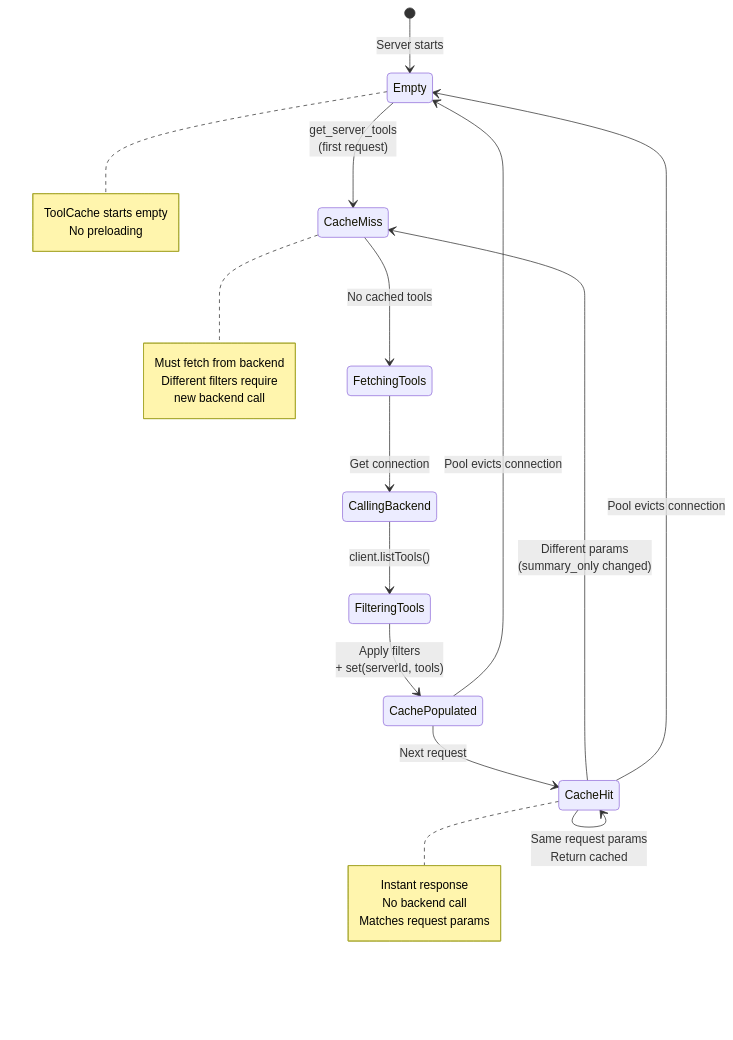
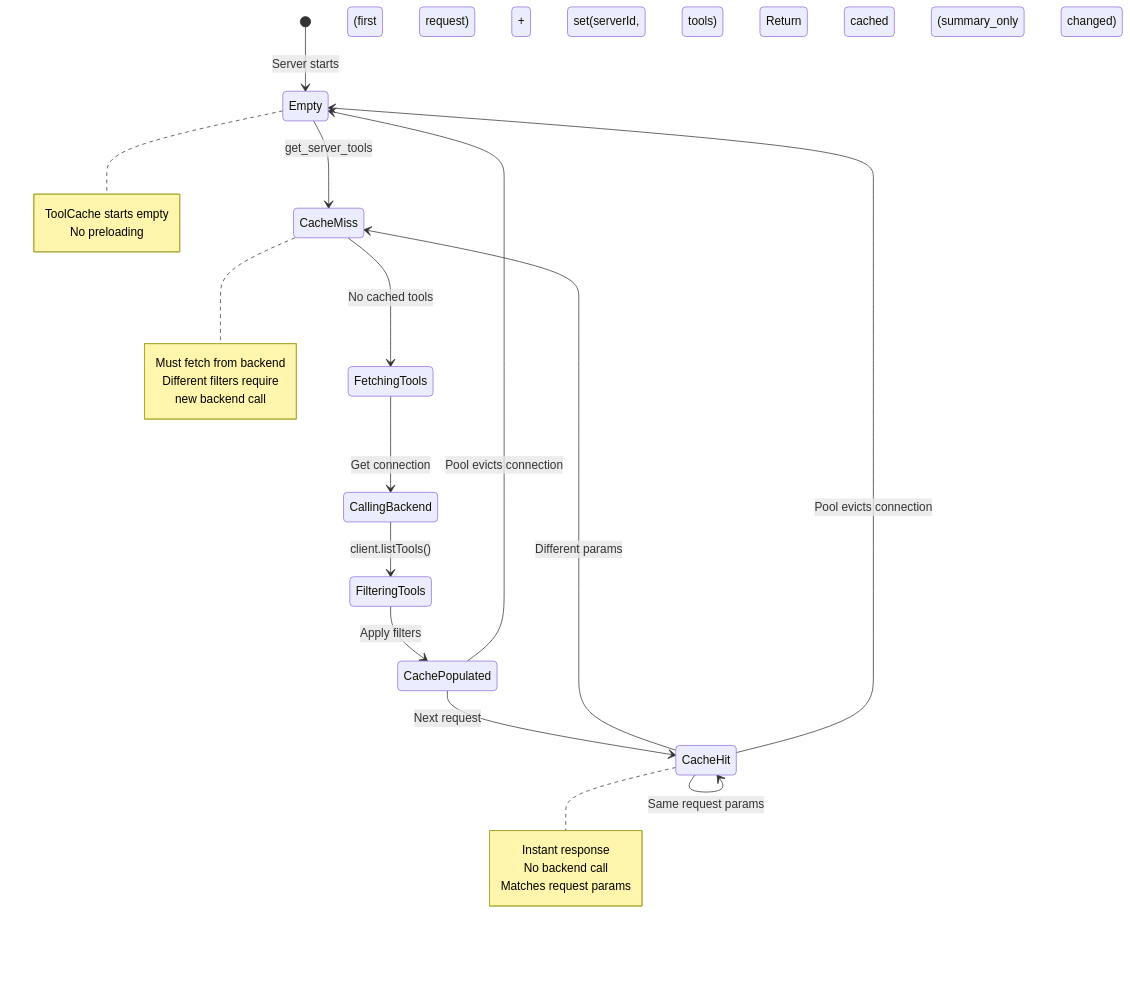
Before and after one commit to blueman82/mcp-exec: the sixth of 10 diagrams in projects/meta-mcp-server/docs/diagrams/07-tool-system-architecture.md, drawn with Mermaid. The commit also changed other lines of this file, not shown here.

First line of the commit message:
fix: Remove all <br/> tags from tool system architecture diagram

````diff
--- a/projects/meta-mcp-server/docs/diagrams/07-tool-system-architecture.md
+++ b/projects/meta-mcp-server/docs/diagrams/07-tool-system-architecture.md
@@ -250,34 +282,38 @@
 ```mermaid
 stateDiagram-v2
     [*] --> Empty: Server starts
 
-    Empty --> CacheMiss: get_server_tools<br/>(first request)
+    Empty --> CacheMiss: get_server_tools
+(first request)
     CacheMiss --> FetchingTools: No cached tools
     FetchingTools --> CallingBackend: Get connection
     CallingBackend --> FilteringTools: client.listTools()
-    FilteringTools --> CachePopulated: Apply filters<br/>+ set(serverId, tools)
+    FilteringTools --> CachePopulated: Apply filters
++ set(serverId, tools)
     CachePopulated --> CacheHit: Next request
 
-    CacheHit --> CacheHit: Same request params<br/>Return cached
-    CacheHit --> CacheMiss: Different params<br/>(summary_only changed)
+    CacheHit --> CacheHit: Same request params
+Return cached
+    CacheHit --> CacheMiss: Different params
+(summary_only changed)
 
     CachePopulated --> Empty: Pool evicts connection
     CacheHit --> Empty: Pool evicts connection
 
     note right of Empty
         ToolCache starts empty
         No preloading
     end note
 
     note right of CacheHit
         Instant response
         No backend call
         Matches request params
     end note
 
     note right of CacheMiss
         Must fetch from backend
         Different filters require
         new backend call
     end note
 ```
````
